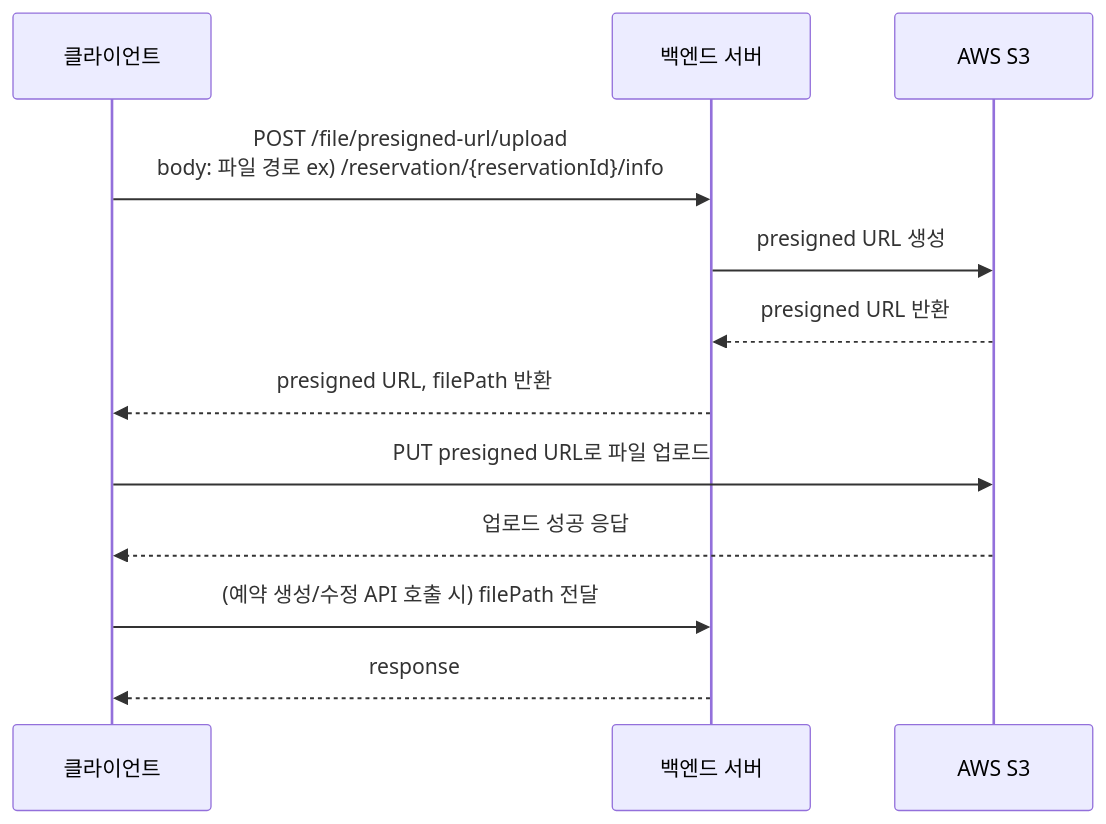
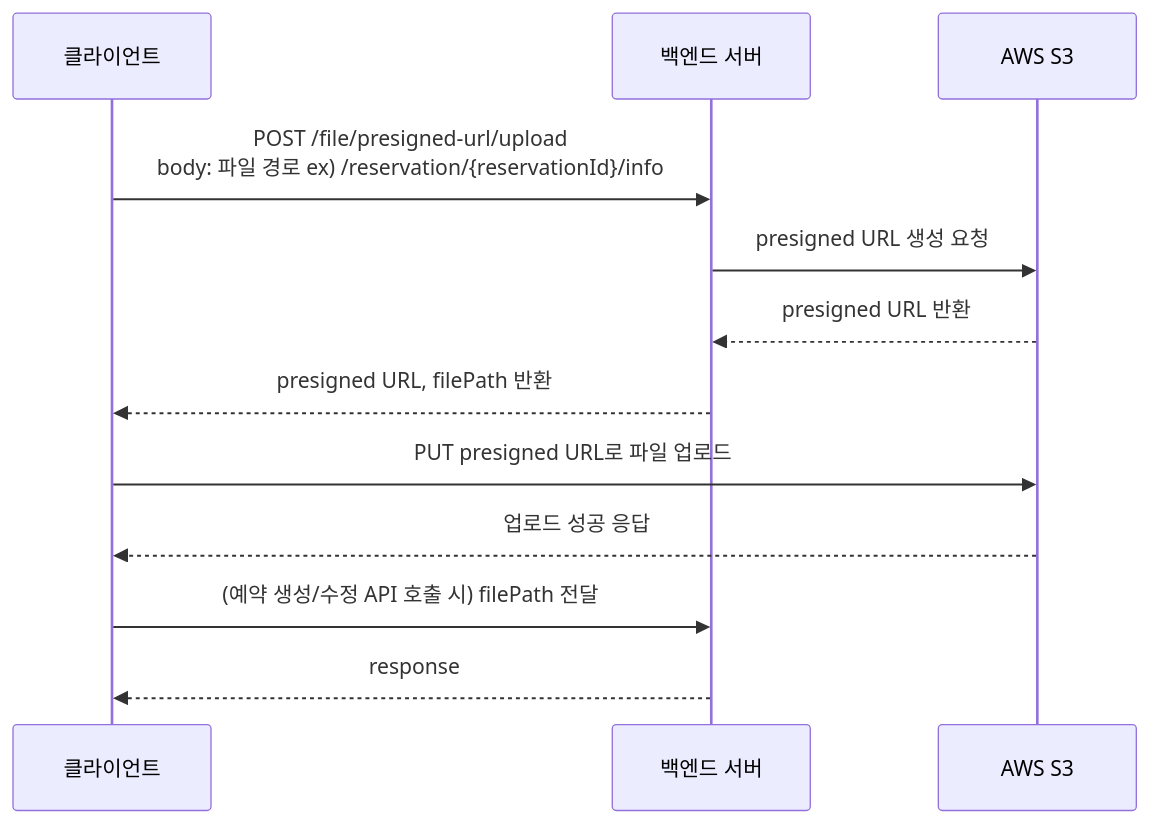
One commit to mash-up-kr/HGDGDS-Node changed the first of 2 diagrams in docs/files.md. Above: the diagram before and after it, drawn with Mermaid. The commit also changed other lines of this file, not shown here.

````diff
--- a/docs/files.md
+++ b/docs/files.md
@@ -37,19 +37,19 @@
 ```mermaid
 
 sequenceDiagram
     participant Client as 클라이언트
     participant BE as 백엔드 서버
     participant S3 as AWS S3
 
     %% 업로드 플로우
     Client->>BE: POST /file/presigned-url/upload <br/> body: 파일 경로 ex) /reservation/{reservationId}/info
-    BE->>S3: presigned URL 생성
+    BE->>S3: presigned URL 생성 요청
     S3-->>BE: presigned URL 반환
     BE-->>Client: presigned URL, filePath 반환
 
     Client->>S3: PUT presigned URL로 파일 업로드
     S3-->>Client: 업로드 성공 응답
 
     Client->>BE: (예약 생성/수정 API 호출 시) filePath 전달
     BE-->>Client: response
 ```
````
